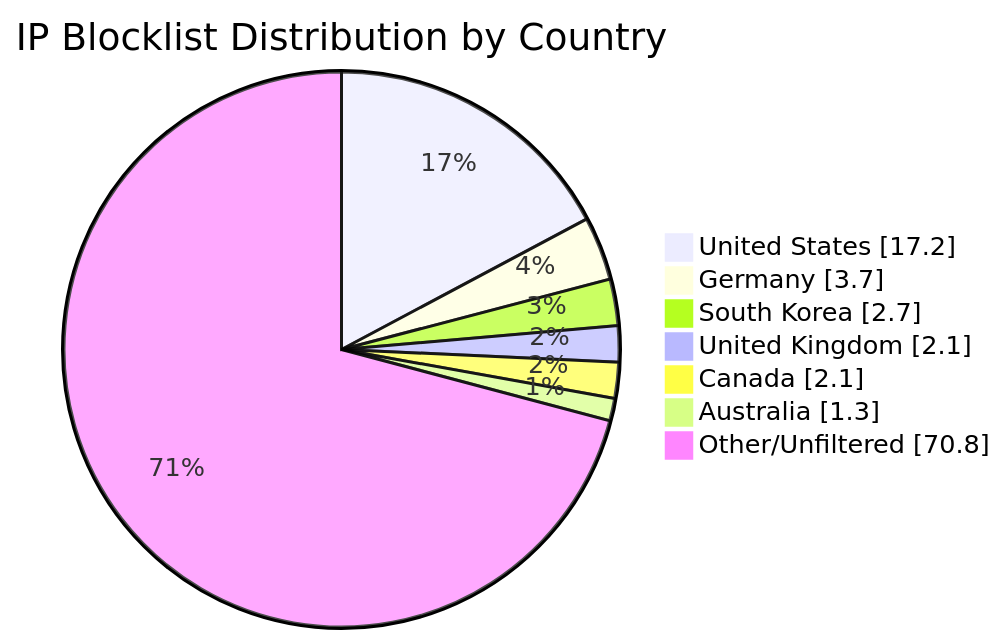
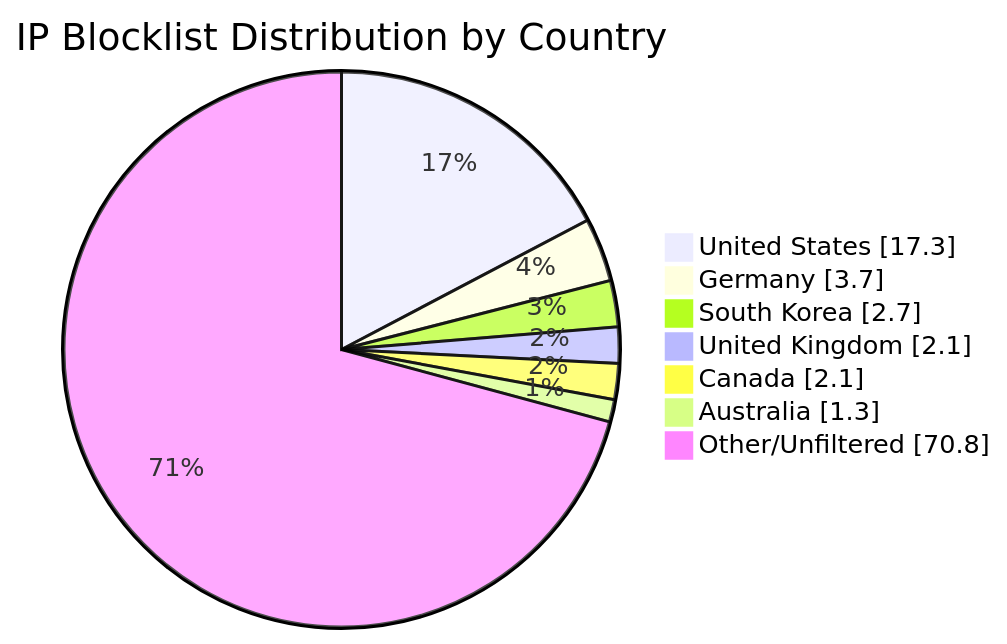
Before and after one commit to MarcusHoltz/ipblocklist-geofiltered-aggregator: the diagram in README.md, drawn with Mermaid. The commit also changed other lines of this file and 9 other files, not shown here.

````diff
--- a/README.md
+++ b/README.md
@@ -34,10 +34,10 @@
 ```mermaid
 pie showData title IP Blocklist Distribution by Country
-"United States" : 17.2
+"United States" : 17.3
 "Germany" : 3.7
 "South Korea" : 2.7
 "United Kingdom" : 2.1
 "Canada" : 2.1
 "Australia" : 1.3
 "Other/Unfiltered" : 70.8
 ```
````
